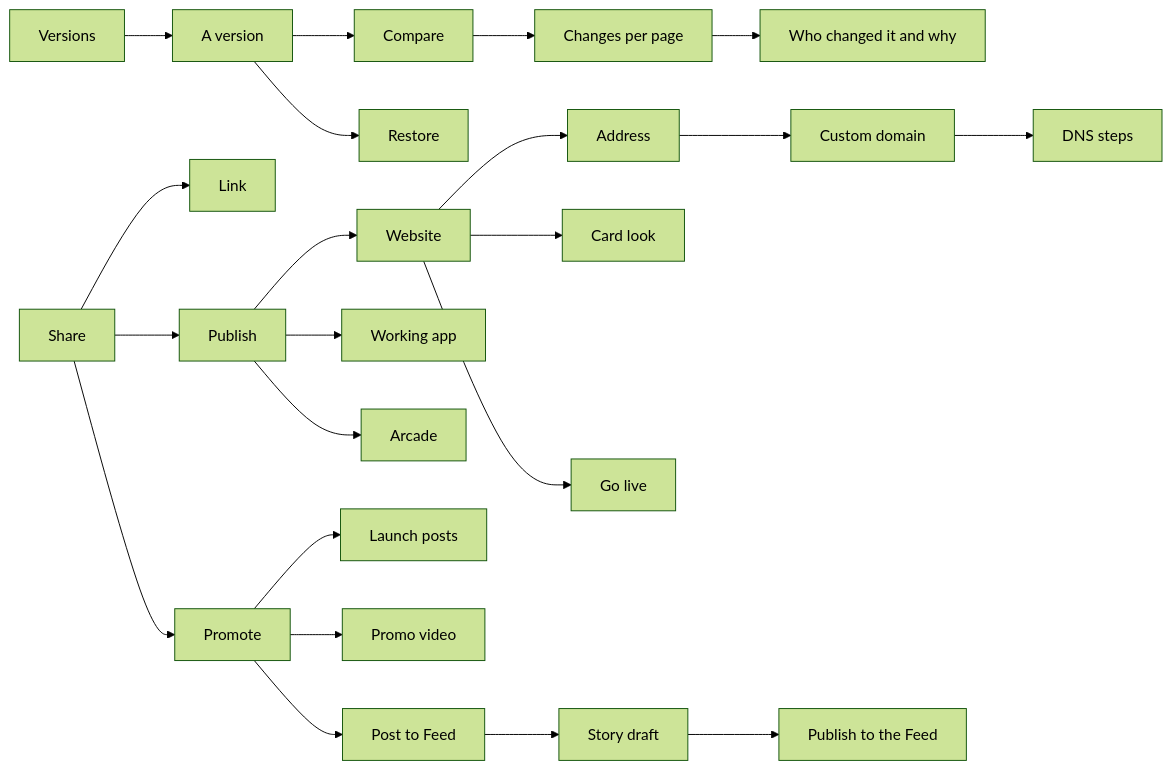
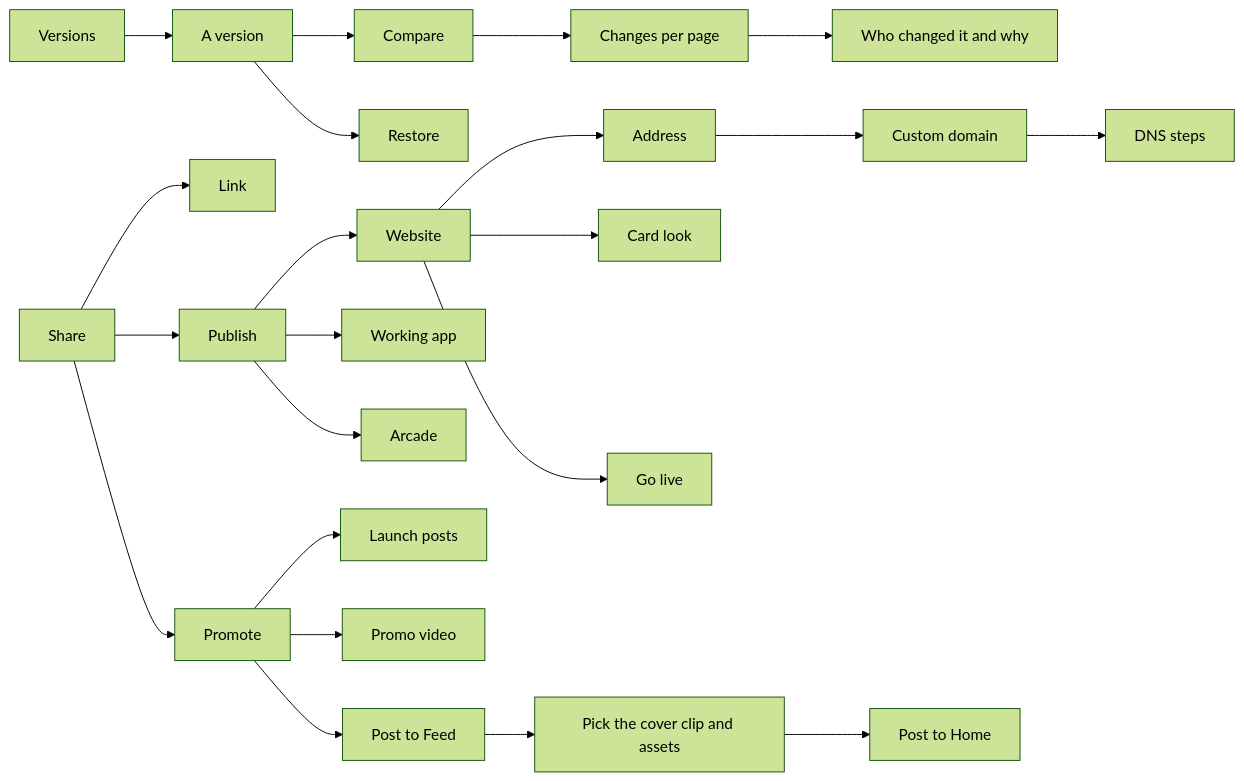
The tenth of 22 diagrams in docs/ux/SITEMAP.md (Pukujan/swarm-studio), drawn with Mermaid (forest theme) before and after one commit. The commit also changed other lines of this file and 4 other files, not shown here.

````diff
--- a/docs/ux/SITEMAP.md
+++ b/docs/ux/SITEMAP.md
@@ -117,24 +233,24 @@
 ```mermaid
 flowchart LR
   VER[Versions] --> V1[A version]
   V1 --> V2[Compare]
   V1 --> V3[Restore]
   V2 --> V4[Changes per page]
   V4 --> V5[Who changed it and why]
   SHR[Share] --> S1[Link]
   SHR --> S2[Publish]
   SHR --> S3[Promote]
   S2 --> W1[Website]
   S2 --> W2[Working app]
   S2 --> W3[Arcade]
   W1 --> W4[Address]
   W1 --> W5[Card look]
   W1 --> W6[Go live]
   W4 --> W7[Custom domain]
   W7 --> W8[DNS steps]
   S3 --> P1[Launch posts]
   S3 --> P2[Promo video]
   S3 --> P3[Post to Feed]
-  P3 --> P4[Story draft]
-  P4 --> P5[Publish to the Feed]
+  P3 --> P4["Pick the cover clip and assets"]
+  P4 --> P5[Post to Home]
 ```
````
